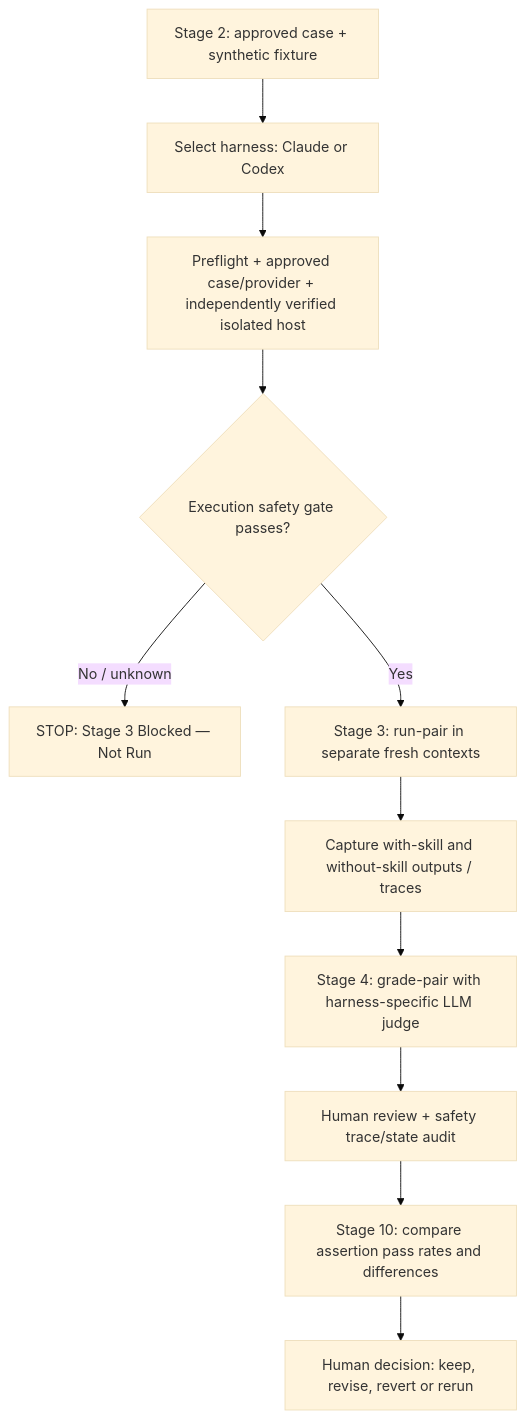
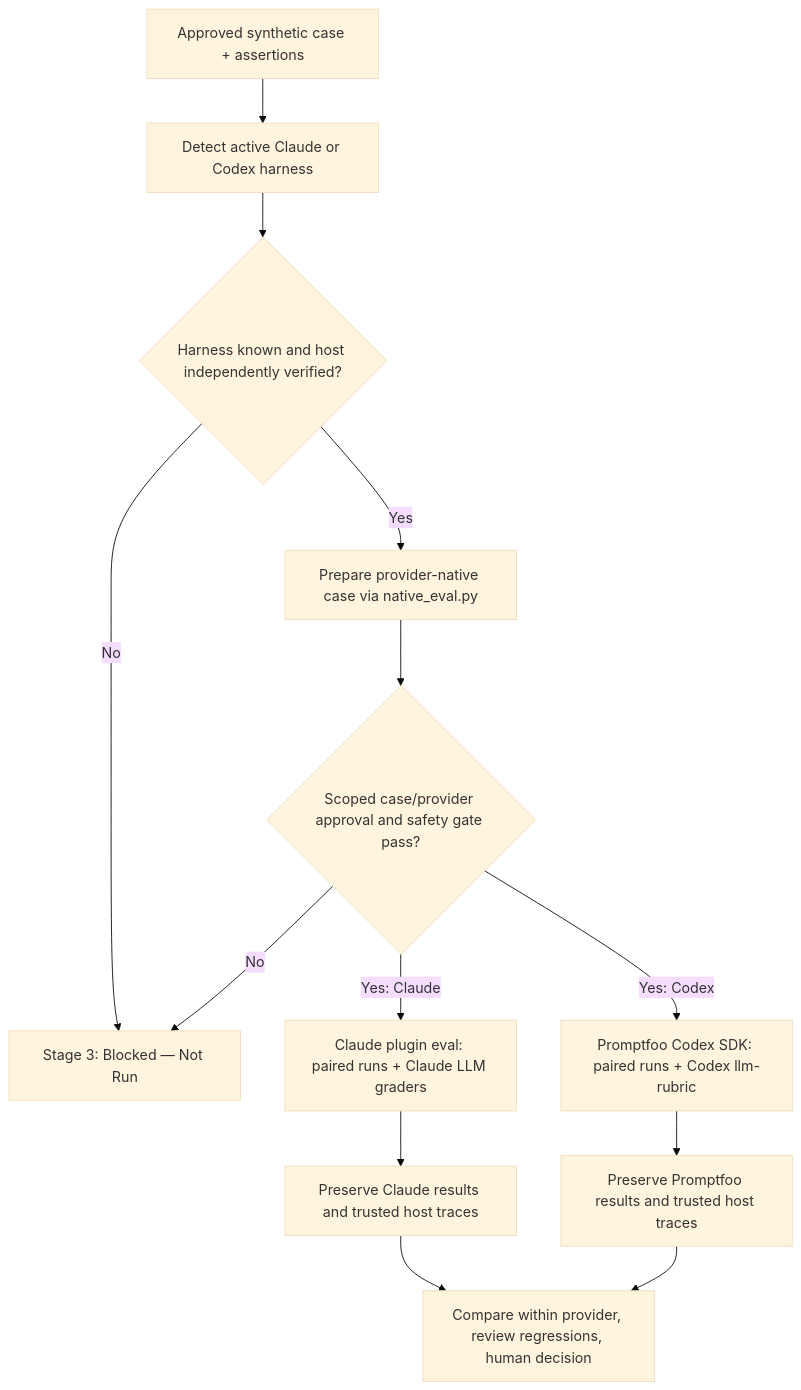
One commit to rlynjb/dotskills changed the third of 4 diagrams in skills/refine-skill/README.md. Above: the diagram before and after it, drawn with Mermaid (base theme). The commit also changed other lines of this file, not shown here.

Commit message:
docs(refine-skill): replace mixed runner overview with native provider flow

````diff
--- a/skills/refine-skill/README.md
+++ b/skills/refine-skill/README.md
@@ -142,13 +156,15 @@
 ```mermaid
 flowchart TD
-    A["Stage 2: approved case + synthetic fixture"] --> B["Select harness: Claude or Codex"]
-    B --> C["Preflight + approved case/provider + independently verified isolated host"]
-    C --> D{"Execution safety gate passes?"}
-    D -->|No / unknown| E["STOP: Stage 3 Blocked — Not Run"]
-    D -->|Yes| F["Stage 3: run-pair in separate fresh contexts"]
-    F --> G["Capture with-skill and without-skill outputs / traces"]
-    G --> H["Stage 4: grade-pair with harness-specific LLM judge"]
-    H --> I["Human review + safety trace/state audit"]
-    I --> J["Stage 10: compare assertion pass rates and differences"]
-    J --> K["Human decision: keep, revise, revert or rerun"]
+    A["Approved synthetic case + assertions"] --> B["Detect active Claude or Codex harness"]
+    B --> C{"Harness known and host independently verified?"}
+    C -->|No| D["Stage 3: Blocked — Not Run"]
+    C -->|Yes| E["Prepare provider-native case via native_eval.py"]
+    E --> F{"Scoped case/provider approval and safety gate pass?"}
+    F -->|No| D
+    F -->|Yes: Claude| G["Claude plugin eval: paired runs + Claude LLM graders"]
+    F -->|Yes: Codex| H["Promptfoo Codex SDK: paired runs + Codex llm-rubric"]
+    G --> I["Preserve Claude results and trusted host traces"]
+    H --> J["Preserve Promptfoo results and trusted host traces"]
+    I --> K["Compare within provider, review regressions, human decision"]
+    J --> K
 ```
````
